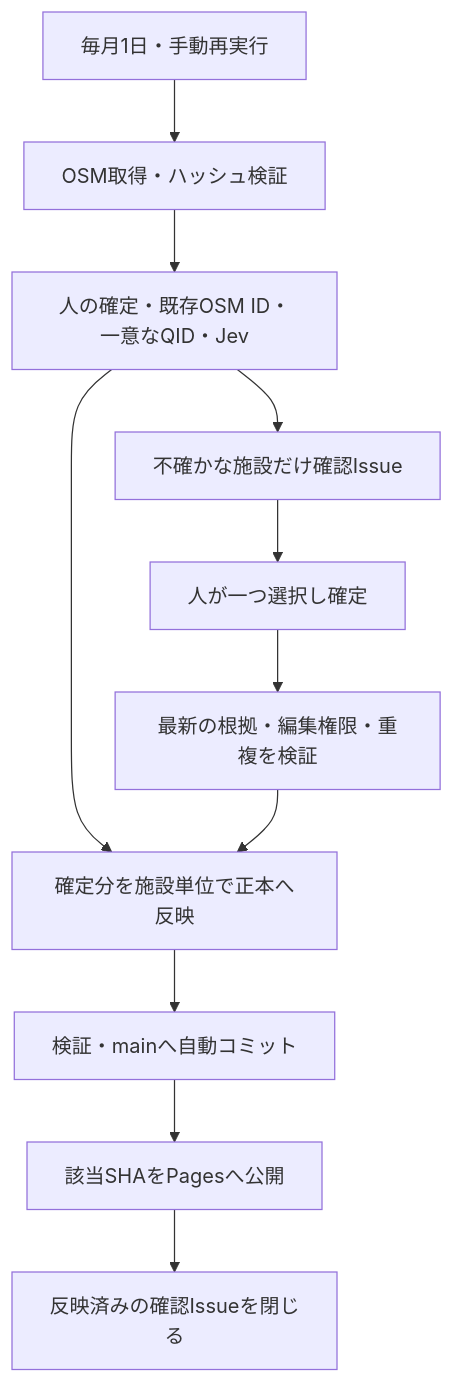
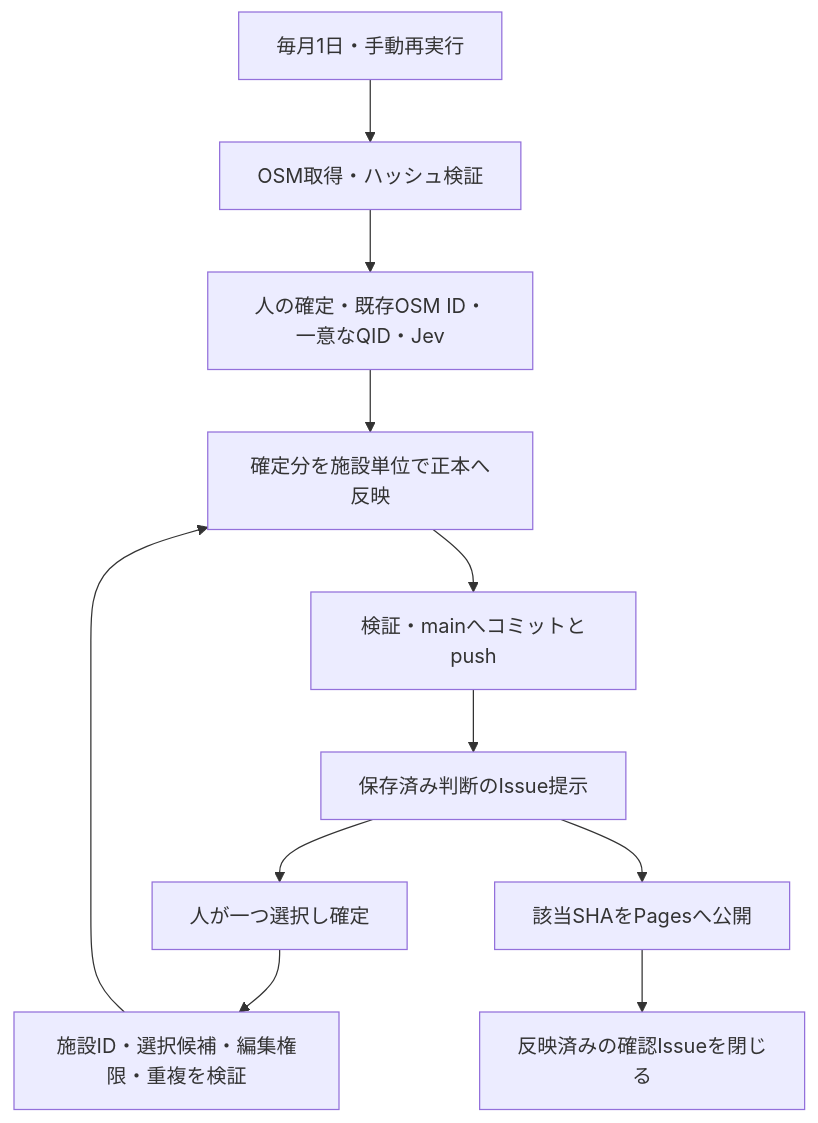
One commit to nawashiro/chiyoda_city_main_facilities changed the diagram in docs/explanation/data-flow.md. Above: the diagram before and after it, drawn with Mermaid. The commit also changed other lines of this file and 16 other files, not shown here.

````diff
--- a/docs/explanation/data-flow.md
+++ b/docs/explanation/data-flow.md
@@ -3,13 +3,13 @@
 ```mermaid
 flowchart TD
   A[毎月1日・手動再実行] --> B[OSM取得・ハッシュ検証]
   B --> C[人の確定・既存OSM ID・一意なQID・Jev]
   C --> D[確定分を施設単位で正本へ反映]
-  C --> E[不確かな施設だけ確認Issue]
   E --> F[人が一つ選択し確定]
-  F --> G[最新の根拠・編集権限・重複を検証]
+  F --> G[施設ID・選択候補・編集権限・重複を検証]
   G --> D
-  D --> H[検証・mainへ自動コミット]
-  H --> I[該当SHAをPagesへ公開]
+  D --> H[検証・mainへコミットとpush]
+  H --> E[保存済み判断のIssue提示]
+  E --> I[該当SHAをPagesへ公開]
   I --> J[反映済みの確認Issueを閉じる]
 ```
````
